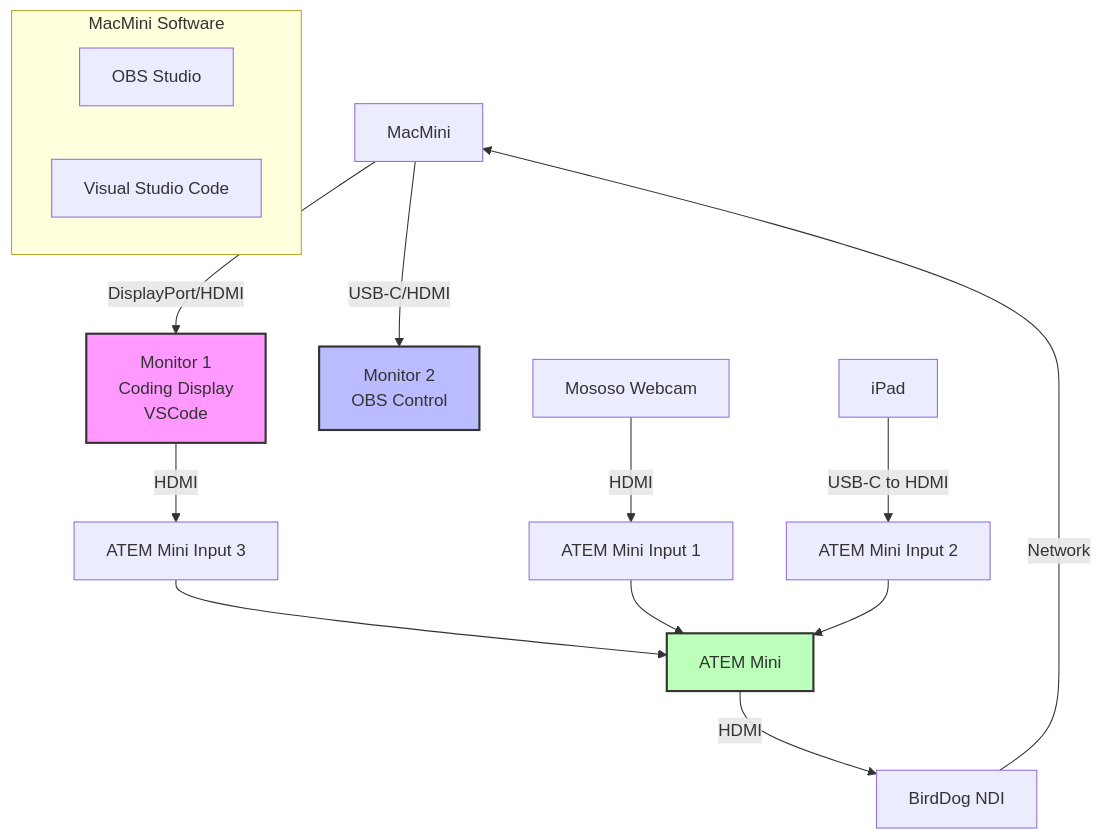
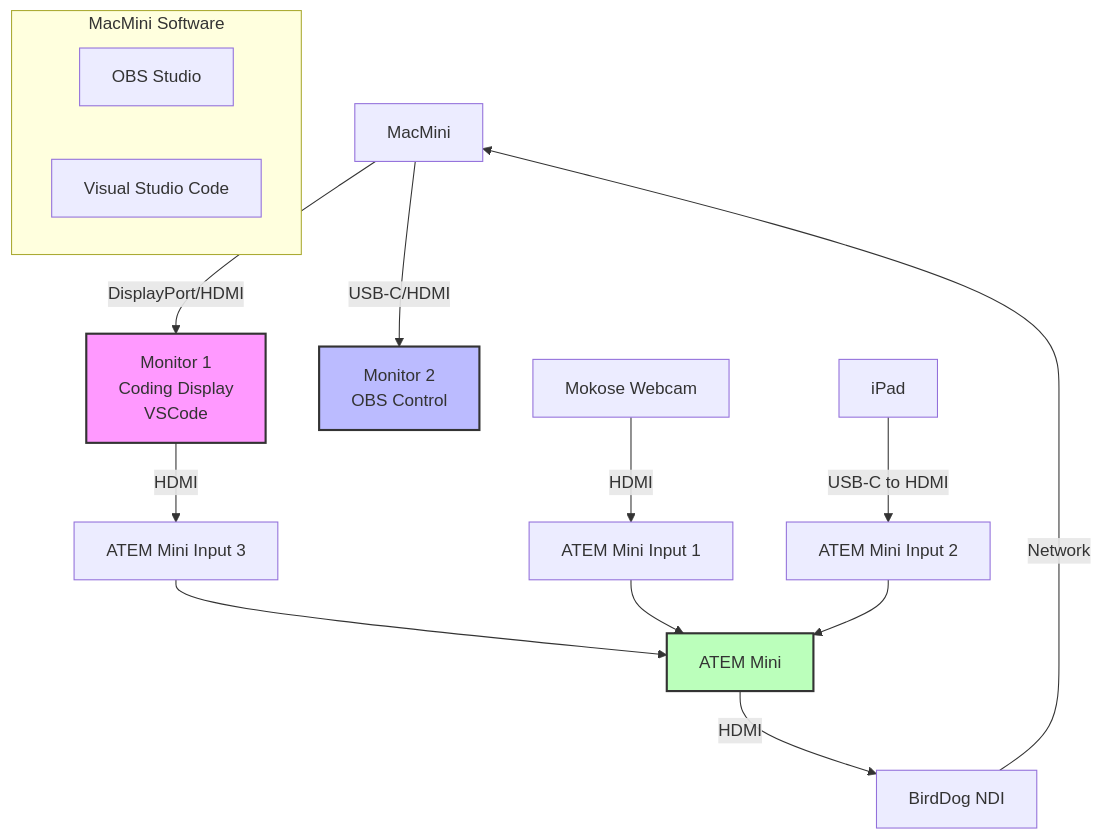
The diagram in 100/1400/README.md (vanHeemstraSystems/video-conferencing-headstart), drawn with Mermaid before and after one commit. The commit also changed other lines of this file, not shown here.

````diff
--- a/100/1400/README.md
+++ b/100/1400/README.md
@@ -85,22 +85,22 @@
 ```mermaid
 graph TB
     A[MacMini] -->|DisplayPort/HDMI| B[Monitor 1<br>Coding Display<br>VSCode]
     A -->|USB-C/HDMI| C[Monitor 2<br>OBS Control]
     B -->|HDMI| D[ATEM Mini Input 3]
-    E[Mososo Webcam] -->|HDMI| F[ATEM Mini Input 1]
+    E[Mokose Webcam] -->|HDMI| F[ATEM Mini Input 1]
     G[iPad] -->|USB-C to HDMI| H[ATEM Mini Input 2]
     D --> I[ATEM Mini]
     F --> I
     H --> I
     I -->|HDMI| J[BirdDog NDI]
     J -->|Network| A
     
     subgraph MacMini Software
         K[OBS Studio]
         L[Visual Studio Code]
     end
     
     style B fill:#f9f,stroke:#333,stroke-width:2px
     style C fill:#bbf,stroke:#333,stroke-width:2px
     style I fill:#bfb,stroke:#333,stroke-width:2px
 ```
````
